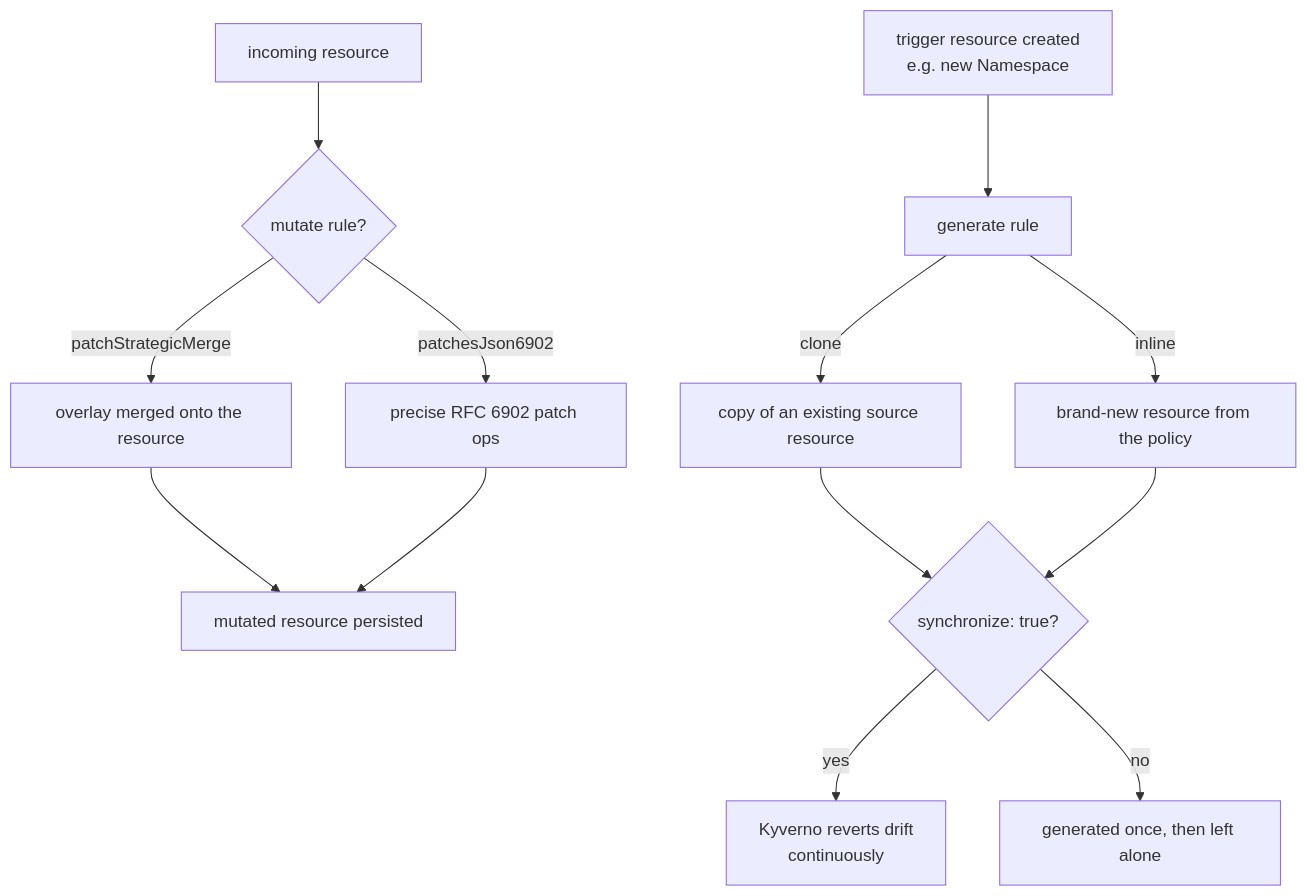
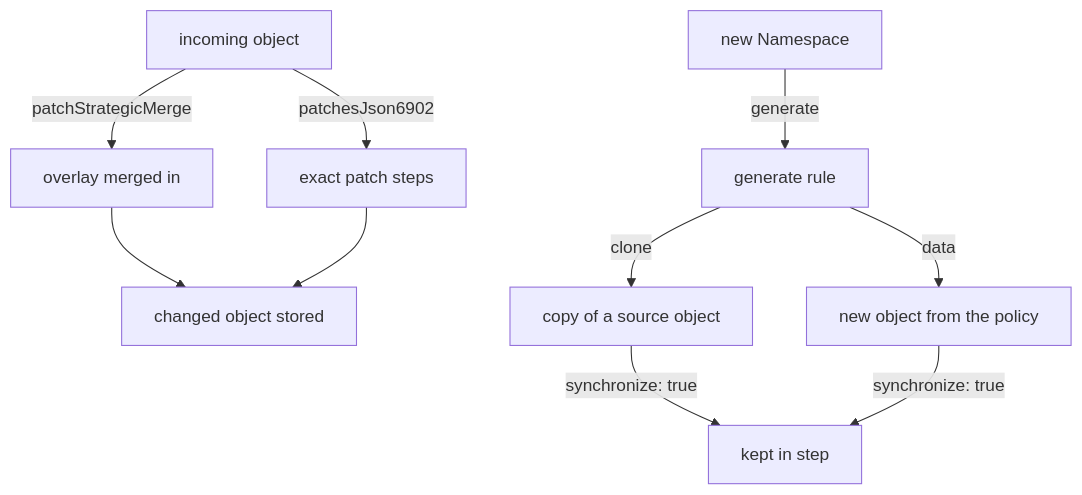
One commit to astrona-io/ATS007 changed the diagram in sections/section-010/module-03/course.md. Above: the diagram before and after it, drawn with Mermaid. The commit also changed other lines of this file and 150 other files, not shown here.

````diff
--- a/sections/section-010/module-03/course.md
+++ b/sections/section-010/module-03/course.md
@@ -14,15 +5,12 @@
 ```mermaid
-flowchart TD
-    A["incoming resource"] --> B{"mutate rule?"}
-    B -->|patchStrategicMerge| C["overlay merged onto the resource"]
-    B -->|patchesJson6902| D["precise RFC 6902 patch ops"]
-    C --> E["mutated resource persisted"]
-    D --> E
-    F["trigger resource created<br/>e.g. new Namespace"] --> G["generate rule"]
-    G -->|clone| H["copy of an existing source resource"]
-    G -->|inline| I["brand-new resource from the policy"]
-    H --> J{"synchronize: true?"}
-    I --> J
-    J -->|yes| K["Kyverno reverts drift<br/>continuously"]
-    J -->|no| L["generated once, then left alone"]
+flowchart TB
+    IN["incoming object"] -->|"patchStrategicMerge"| MS["overlay merged in"]
+    IN -->|"patchesJson6902"| MJ["exact patch steps"]
+    MS --> ST["changed object stored"]
+    MJ --> ST
+    TR["new Namespace"] -->|"generate"| G["generate rule"]
+    G -->|"clone"| CL["copy of a source object"]
+    G -->|"data"| DA["new object from the policy"]
+    CL -->|"synchronize: true"| SY["kept in step"]
+    DA -->|"synchronize: true"| SY
 ```
````
